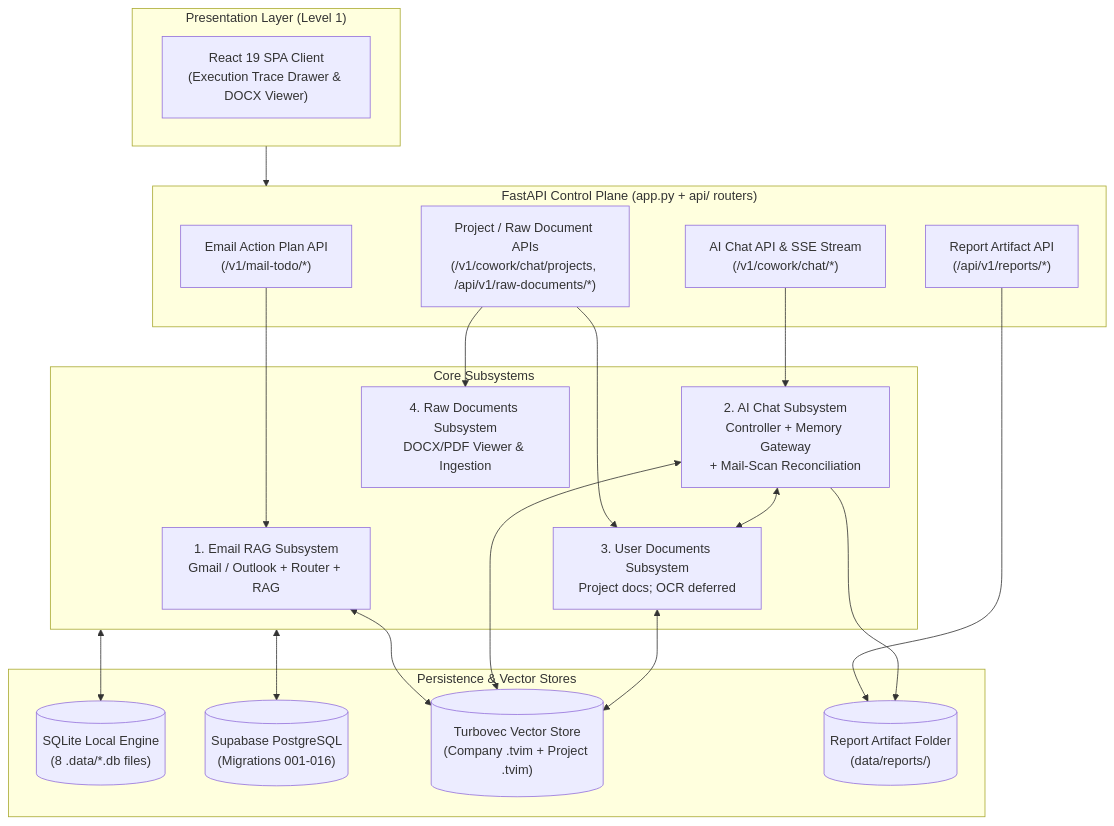
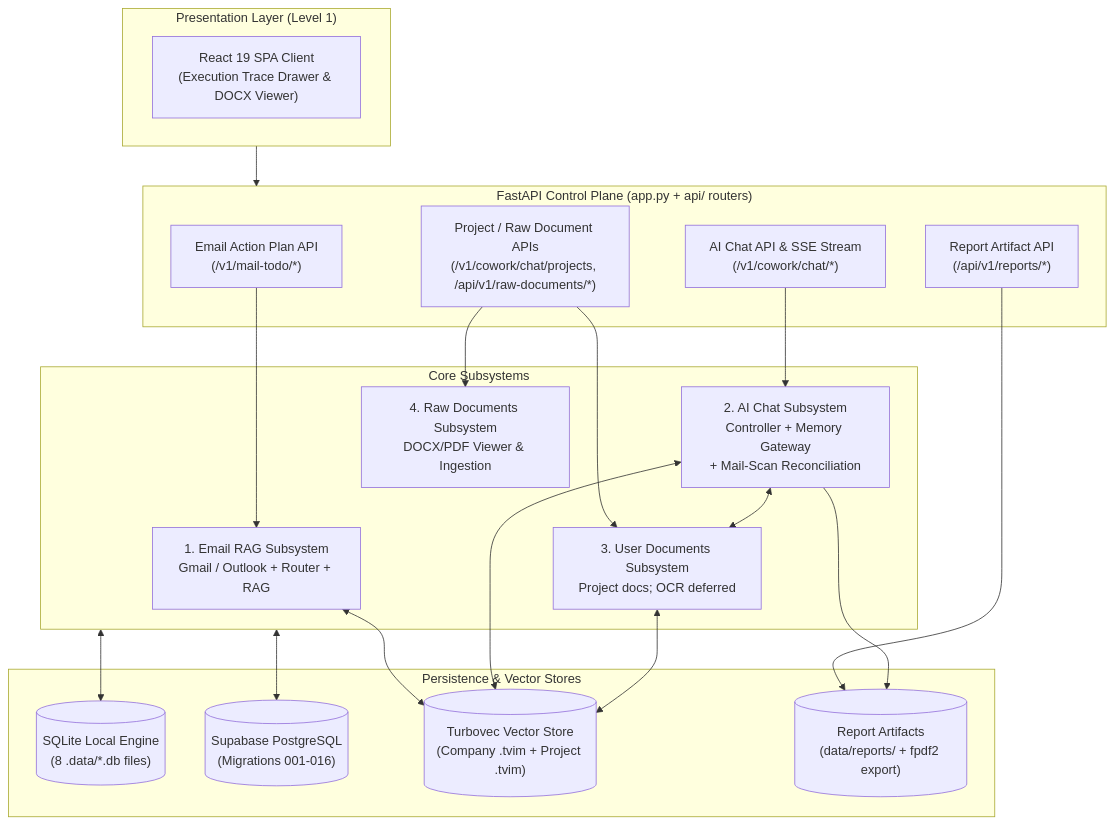
One commit to MathematicGuy/EMAIL-AGENT-v1 changed the diagram in docs/architectures/current-architectures/README.md. Above: the diagram before and after it, drawn with Mermaid. The commit also changed other lines of this file and 7 other files, not shown here.

````diff
--- a/docs/architectures/current-architectures/README.md
+++ b/docs/architectures/current-architectures/README.md
@@ -15,42 +15,42 @@
 ```mermaid
 flowchart TB
     subgraph CLIENTS["Presentation Layer (Level 1)"]
         UI_REACT["React 19 SPA Client<br/>(Execution Trace Drawer & DOCX Viewer)"]
     end
 
     subgraph API["FastAPI Control Plane (app.py + api/ routers)"]
         EMAIL_API["Email Action Plan API<br/>(/v1/mail-todo/*)"]
         CHAT_API["AI Chat API & SSE Stream<br/>(/v1/cowork/chat/*)"]
         DOC_API["Project / Raw Document APIs<br/>(/v1/cowork/chat/projects, /api/v1/raw-documents/*)"]
         REPORT_API["Report Artifact API<br/>(/api/v1/reports/*)"]
     end
 
     subgraph SUBSYSTEMS["Core Subsystems"]
         SUB_EMAIL["1. Email RAG Subsystem<br/>Gmail / Outlook + Router + RAG"]
         SUB_CHAT["2. AI Chat Subsystem<br/>Controller + Memory Gateway<br/>+ Mail-Scan Reconciliation"]
         SUB_DOCS["3. User Documents Subsystem<br/>Project docs; OCR deferred"]
         SUB_RAW["4. Raw Documents Subsystem<br/>DOCX/PDF Viewer & Ingestion"]
     end
 
     subgraph STORES["Persistence & Vector Stores"]
         DB_LOCAL[("SQLite Local Engine<br/>(8 .data/*.db files)")]
         DB_PG[("Supabase PostgreSQL<br/>(Migrations 001-016)")]
         VECTOR[("Turbovec Vector Store<br/>(Company .tvim + Project .tvim)")]
-        REPORTS[("Report Artifact Folder<br/>(data/reports/)")]
+        REPORTS[("Report Artifacts<br/>(data/reports/ + fpdf2 export)")]
     end
 
     CLIENTS --> API
     EMAIL_API --> SUB_EMAIL
     CHAT_API --> SUB_CHAT
     DOC_API --> SUB_DOCS
     DOC_API --> SUB_RAW
     REPORT_API --> REPORTS
     SUB_CHAT --> REPORTS
     
     SUB_CHAT <--> SUB_DOCS
     SUB_EMAIL <--> VECTOR
     SUB_CHAT <--> VECTOR
     SUB_DOCS <--> VECTOR
     SUBSYSTEMS <--> DB_LOCAL
     SUBSYSTEMS <--> DB_PG
 ```
````
